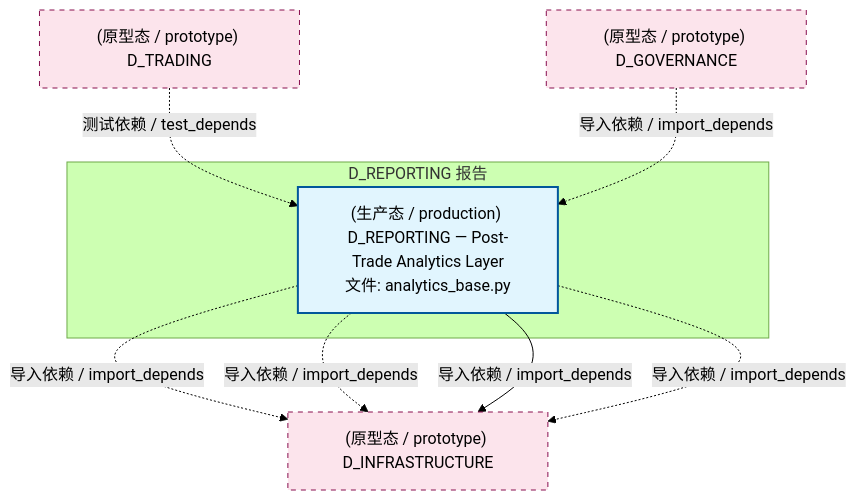
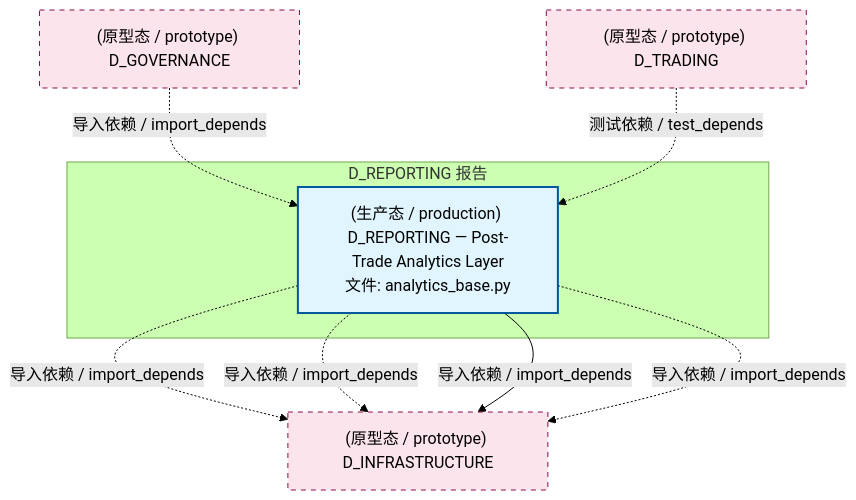
The second of 4 diagrams in docs/02_enterprise_architecture/02_domain_architecture_docs/23_d_reporting.md (xuanFelixVan/ZephyrAlpha), drawn with Mermaid (forest theme) before and after one commit. The commit also changed other lines of this file and 126 other files, not shown here.

````diff
--- a/docs/02_enterprise_architecture/02_domain_architecture_docs/23_d_reporting.md
+++ b/docs/02_enterprise_architecture/02_domain_architecture_docs/23_d_reporting.md
@@ -120,21 +120,21 @@
 ```mermaid
 graph TD
     subgraph D_REPORTING["D_REPORTING 报告"]
         src_zephyr_reporting_analytics_base_py["(生产态 / production) D_REPORTING — Post-Trade Analytics Layer<br/>文件: analytics_base.py"]
     end
     D_INFRASTRUCTURE["(原型态 / prototype) D_INFRASTRUCTURE"]
     src_zephyr_reporting_analytics_base_py -.->|导入依赖 / import_depends| D_INFRASTRUCTURE
     src_zephyr_reporting_analytics_base_py -.->|导入依赖 / import_depends| D_INFRASTRUCTURE
     src_zephyr_reporting_analytics_base_py -->|导入依赖 / import_depends| D_INFRASTRUCTURE
     src_zephyr_reporting_analytics_base_py -.->|导入依赖 / import_depends| D_INFRASTRUCTURE
+    D_GOVERNANCE["(原型态 / prototype) D_GOVERNANCE"]
+    D_GOVERNANCE -.->|导入依赖 / import_depends| src_zephyr_reporting_analytics_base_py
     D_TRADING["(原型态 / prototype) D_TRADING"]
     D_TRADING -.->|测试依赖 / test_depends| src_zephyr_reporting_analytics_base_py
-    D_GOVERNANCE["(原型态 / prototype) D_GOVERNANCE"]
-    D_GOVERNANCE -.->|导入依赖 / import_depends| src_zephyr_reporting_analytics_base_py
     classDef production fill:#e1f5fe,stroke:#01579b,stroke-width:2px,color:#000
     classDef design fill:#fff3e0,stroke:#e65100,stroke-width:2px,color:#000,stroke-dasharray: 5 5
     classDef external_prod fill:#e8f5e9,stroke:#1b5e20,stroke-width:1px,color:#000
     classDef external_design fill:#fce4ec,stroke:#880e4f,stroke-width:1px,color:#000,stroke-dasharray: 5 5
     class src_zephyr_reporting_analytics_base_py production
-    class D_INFRASTRUCTURE,D_TRADING,D_GOVERNANCE external_design
+    class D_INFRASTRUCTURE,D_GOVERNANCE,D_TRADING external_design
 ```
````
